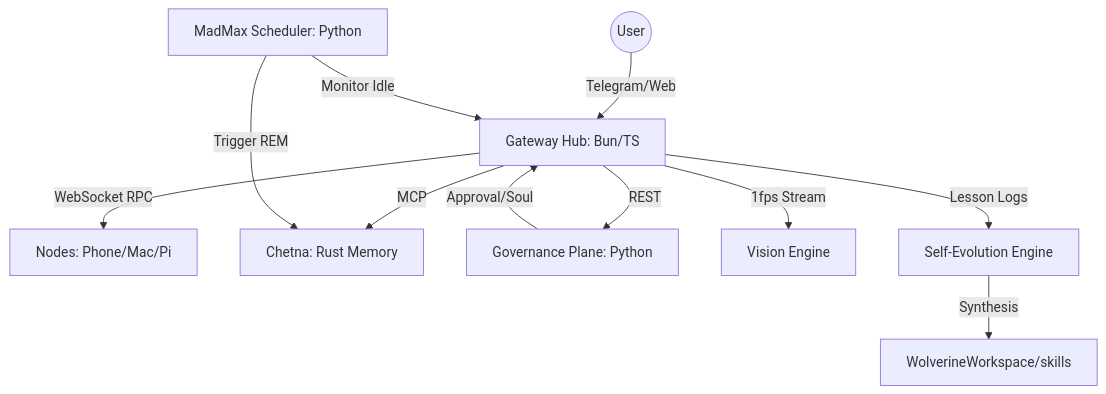
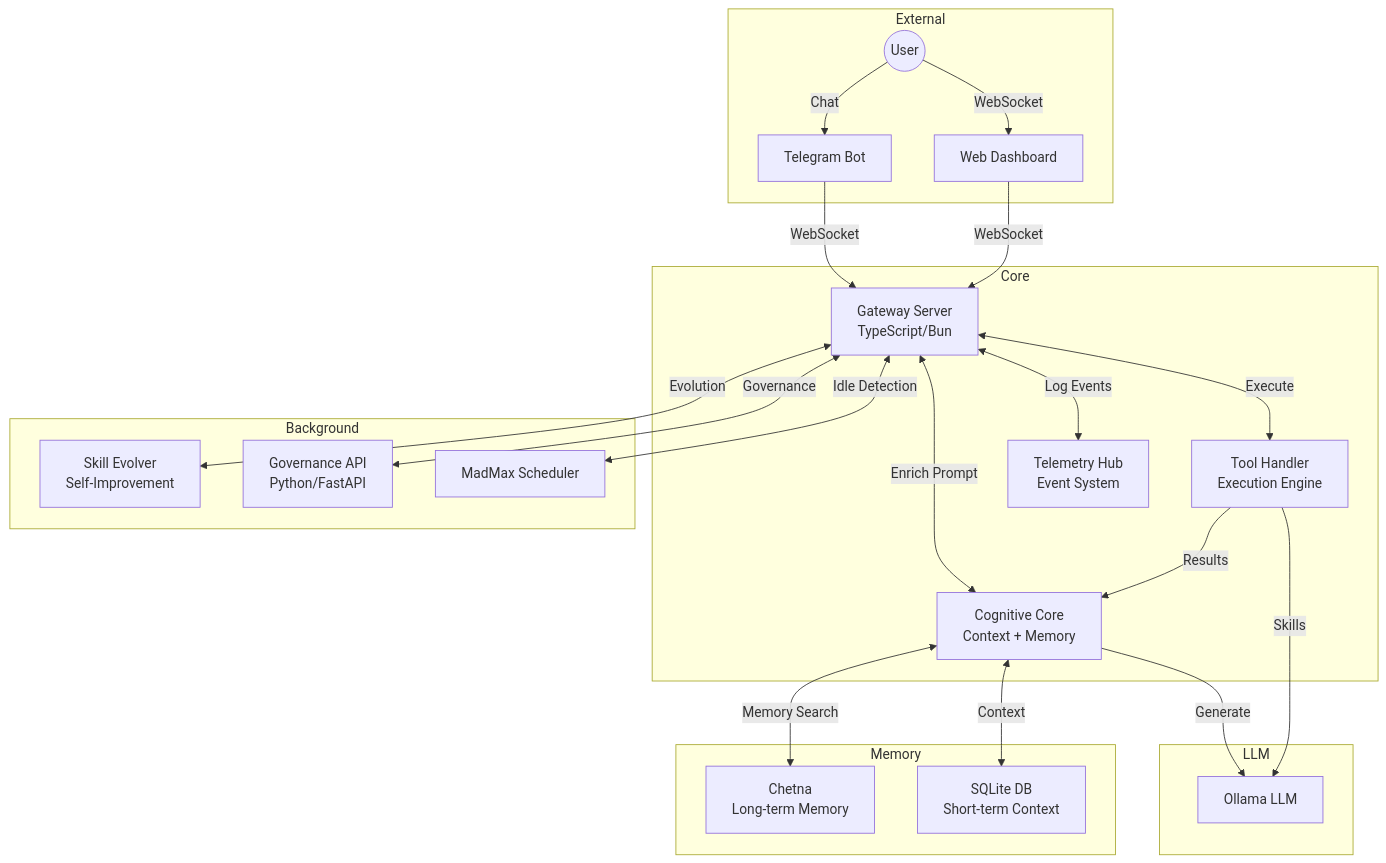
The diagram in docs/ARCHITECTURE.md (vineetkishore01/Wolverine), drawn with Mermaid before and after one commit. The commit also changed other lines of this file and 18 other files, not shown here.

First line of the commit message:
feat: OBD diagnostic system + memory fixes

````diff
--- a/docs/ARCHITECTURE.md
+++ b/docs/ARCHITECTURE.md
@@ -7,13 +9,50 @@
 ```mermaid
 graph TD
-    User((User)) -->|Telegram/Web| G[Gateway Hub: Bun/TS]
-    G -->|WebSocket RPC| N[Nodes: Phone/Mac/Pi]
-    G -->|MCP| C[Chetna: Rust Memory]
-    G -->|REST| GP[Governance Plane: Python]
-    G -->|1fps Stream| V[Vision Engine]
-    GP -->|Approval/Soul| G
-    M[MadMax Scheduler: Python] -->|Monitor Idle| G
-    M -->|Trigger REM| C
-    G -->|Lesson Logs| SE[Self-Evolution Engine]
-    SE -->|Synthesis| W[WolverineWorkspace/skills]
+    subgraph External
+        User((User))
+        Telegram[Telegram Bot]
+        WebUI[Web Dashboard]
+    end
+    
+    subgraph Core
+        Gateway[Gateway Server<br/>TypeScript/Bun]
+        CognitiveCore[Cognitive Core<br/>Context + Memory]
+        ToolHandler[Tool Handler<br/>Execution Engine]
+        TelemetryHub[Telemetry Hub<br/>Event System]
+    end
+    
+    subgraph LLM
+        Ollama[Ollama LLM]
+    end
+    
+    subgraph Memory
+        Chetna[Chetna<br/>Long-term Memory]
+        SQLite[SQLite DB<br/>Short-term Context]
+    end
+    
+    subgraph Background
+        SkillEvolver[Skill Evolver<br/>Self-Improvement]
+        Governance[Governance API<br/>Python/FastAPI]
+        MadMax[MadMax Scheduler]
+    end
+    
+    User -->|Chat| Telegram
+    User -->|WebSocket| WebUI
+    Telegram -->|WebSocket| Gateway
+    WebUI -->|WebSocket| Gateway
+    
+    Gateway <-->|Enrich Prompt| CognitiveCore
+    Gateway <-->|Execute| ToolHandler
+    Gateway <-->|Log Events| TelemetryHub
+    
+    CognitiveCore <-->|Context| SQLite
+    CognitiveCore <-->|Memory Search| Chetna
+    CognitiveCore -->|Generate| Ollama
+    
+    ToolHandler -->|Skills| Ollama
+    ToolHandler -->|Results| CognitiveCore
+    
+    Gateway <-->|Evolution| SkillEvolver
+    Gateway <-->|Governance| Governance
+    Gateway <-->|Idle Detection| MadMax
 ```
````
